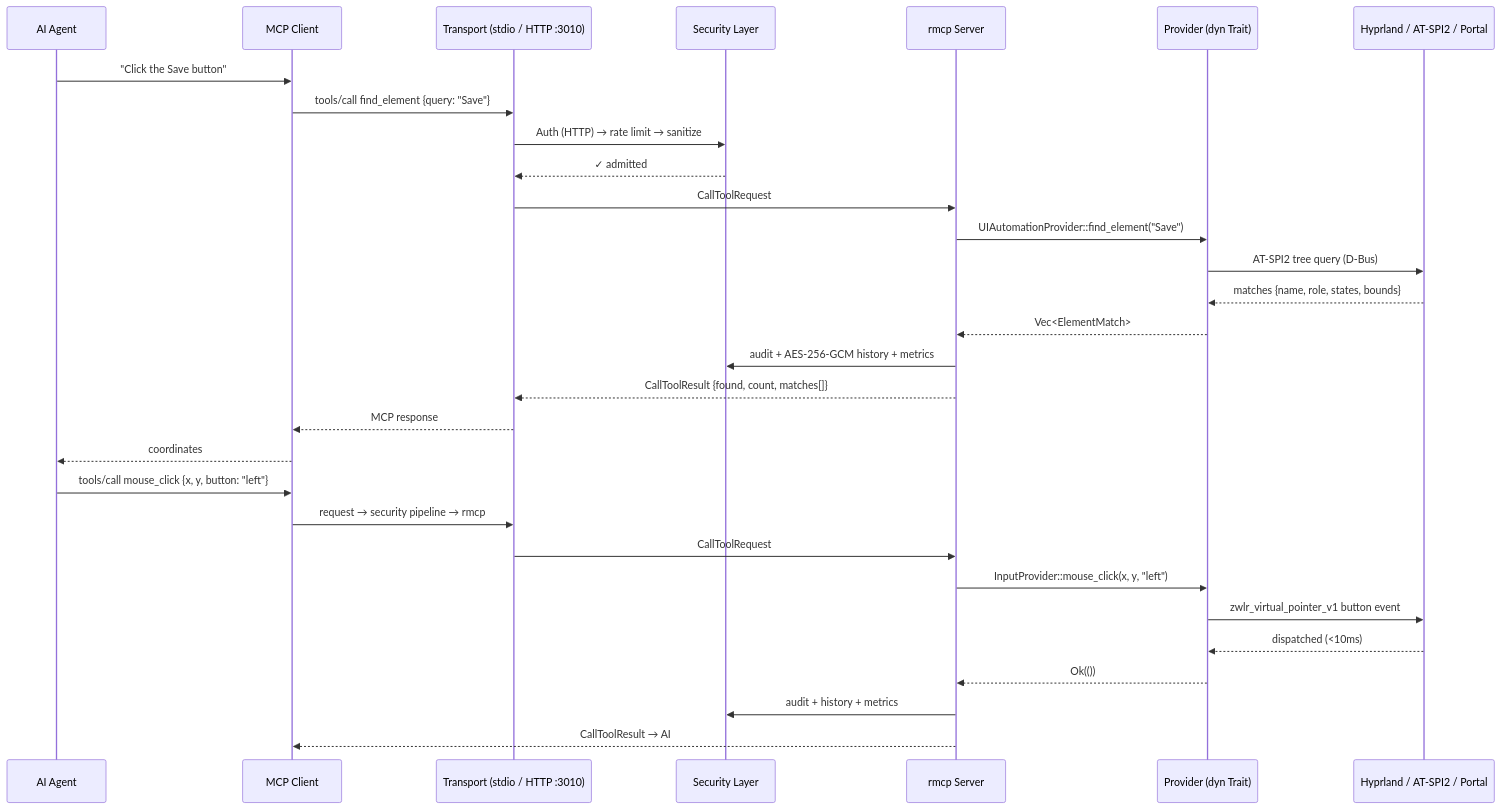
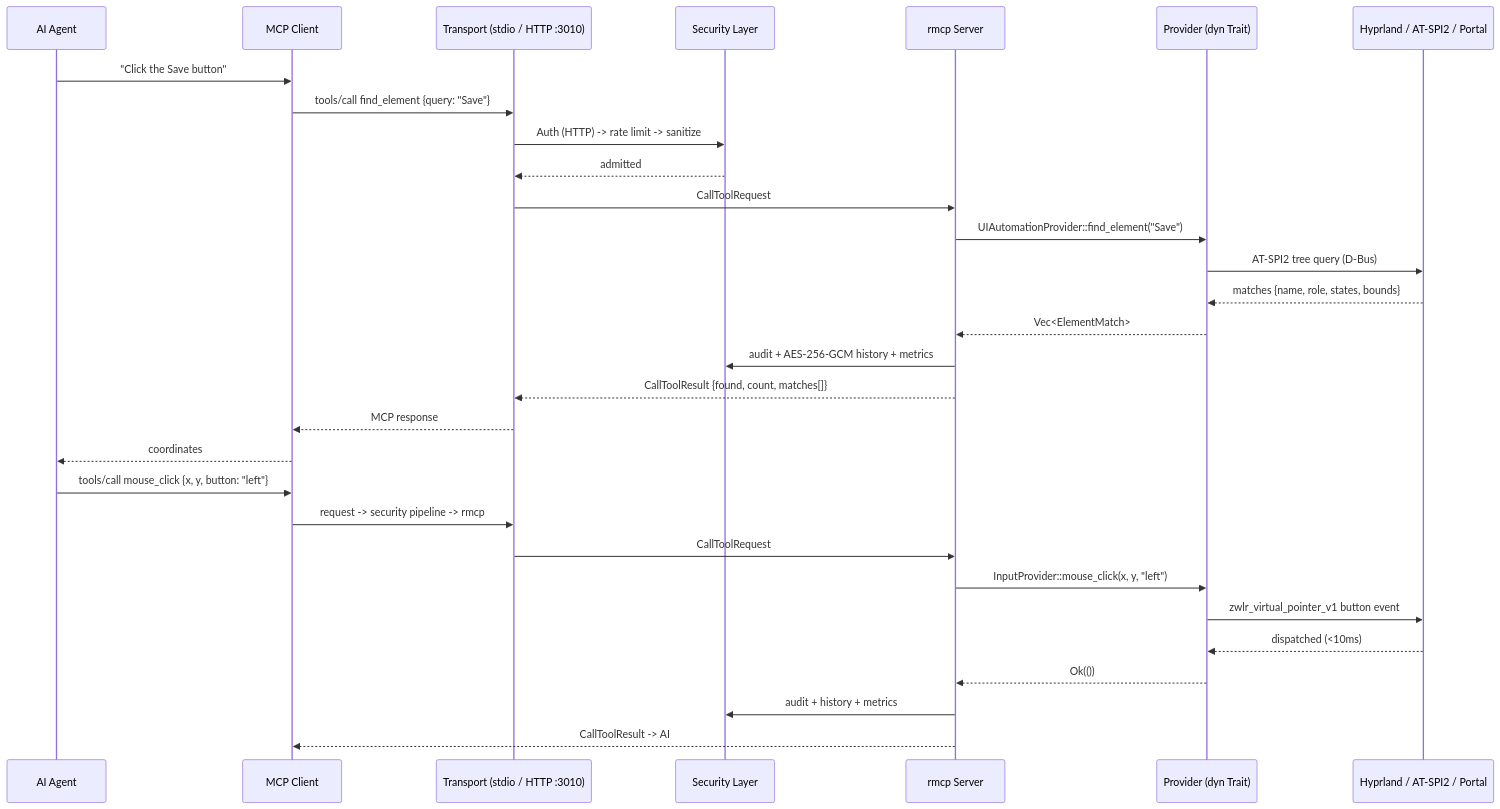
Before and after one commit to jxoesneon/ultranix-mcp: the sixth of 9 diagrams in docs/ARCHITECTURE.md, drawn with Mermaid. The commit also changed other lines of this file and 111 other files, not shown here.

````diff
--- a/docs/ARCHITECTURE.md
+++ b/docs/ARCHITECTURE.md
@@ -591,33 +581,33 @@
 ```mermaid
 sequenceDiagram
     participant AI as AI Agent
     participant MCP as MCP Client
     participant T as Transport (stdio / HTTP :3010)
     participant SEC as Security Layer
     participant RM as rmcp Server
     participant P as Provider (dyn Trait)
     participant OS as Hyprland / AT-SPI2 / Portal
 
     AI->>MCP: "Click the Save button"
     MCP->>T: tools/call find_element {query: "Save"}
-    T->>SEC: Auth (HTTP) → rate limit → sanitize
-    SEC-->>T: ✓ admitted
+    T->>SEC: Auth (HTTP) -> rate limit -> sanitize
+    SEC-->>T:  admitted
     T->>RM: CallToolRequest
     RM->>P: UIAutomationProvider::find_element("Save")
     P->>OS: AT-SPI2 tree query (D-Bus)
     OS-->>P: matches {name, role, states, bounds}
     P-->>RM: Vec<ElementMatch>
     RM->>SEC: audit + AES-256-GCM history + metrics
     RM-->>T: CallToolResult {found, count, matches[]}
     T-->>MCP: MCP response
     MCP-->>AI: coordinates
     AI->>MCP: tools/call mouse_click {x, y, button: "left"}
-    MCP->>T: request → security pipeline → rmcp
+    MCP->>T: request -> security pipeline -> rmcp
     T->>RM: CallToolRequest
     RM->>P: InputProvider::mouse_click(x, y, "left")
     P->>OS: zwlr_virtual_pointer_v1 button event
     OS-->>P: dispatched (<10ms)
     P-->>RM: Ok(())
     RM->>SEC: audit + history + metrics
-    RM-->>MCP: CallToolResult → AI
+    RM-->>MCP: CallToolResult -> AI
 ```
````
